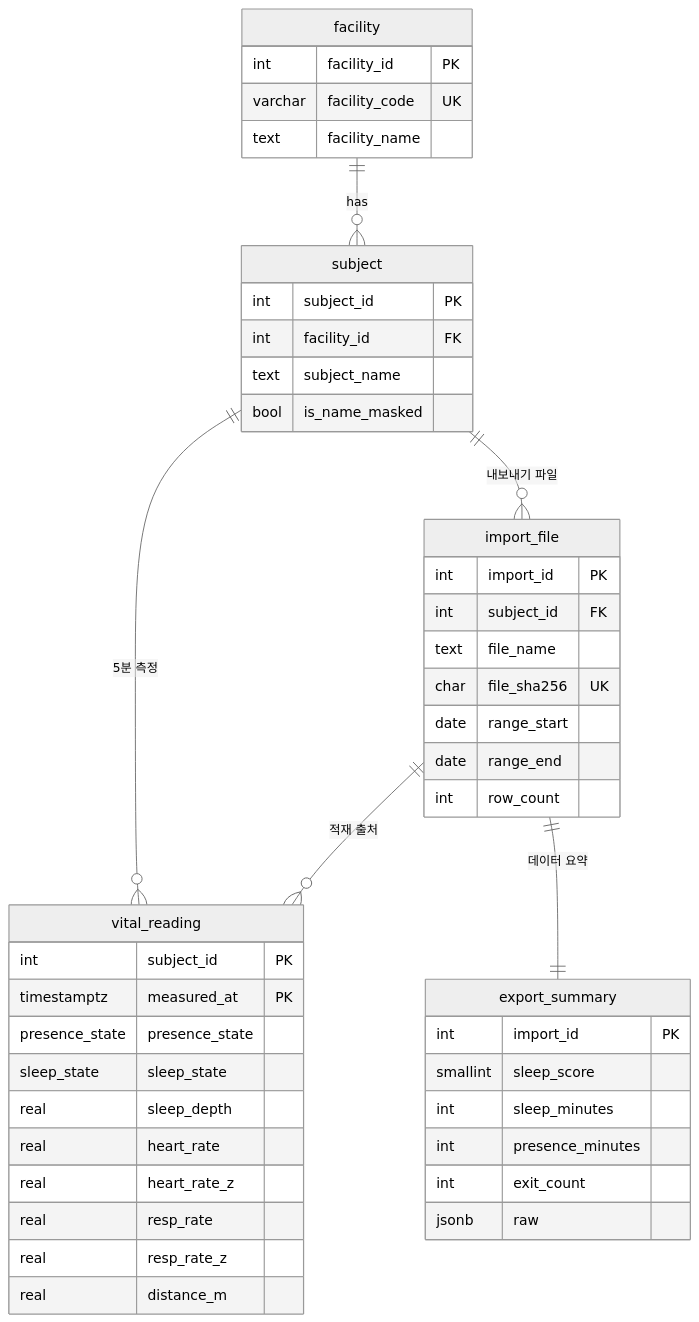
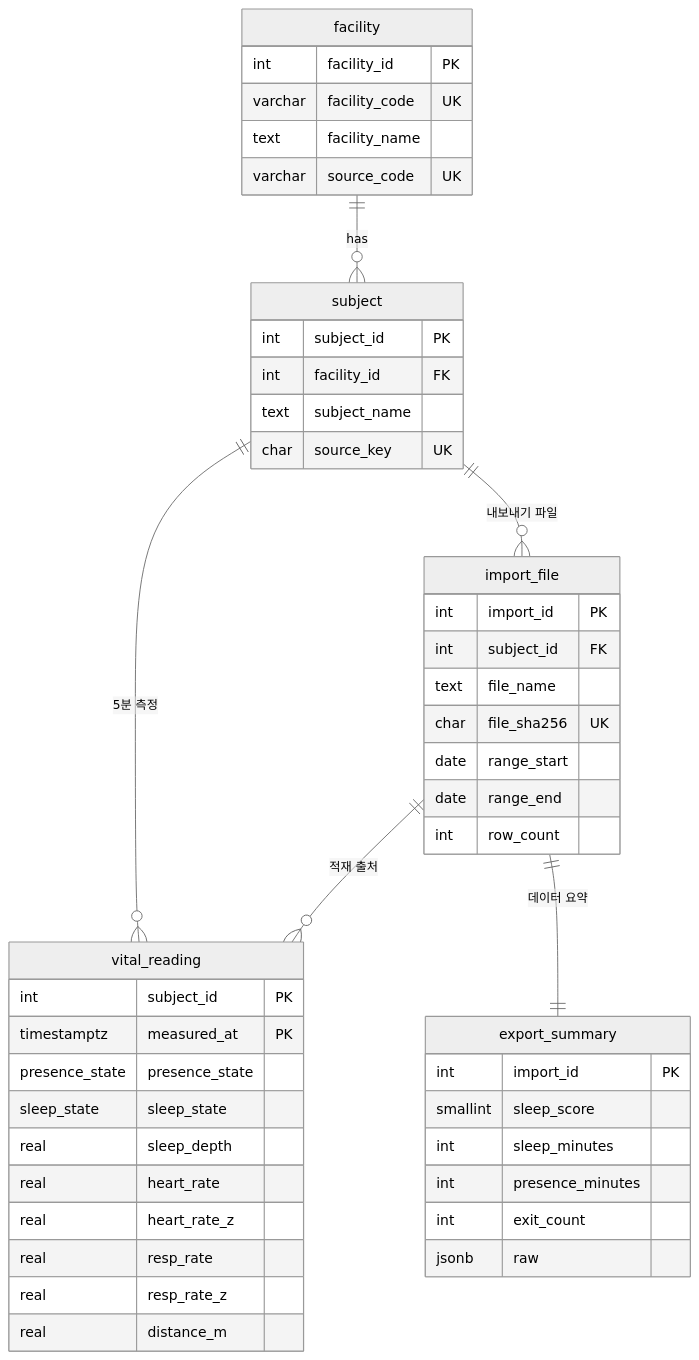
The diagram in README.md (answerco/xk), drawn with Mermaid (neutral theme) before and after one commit. The commit also changed other lines of this file and 6 other files, not shown here.

````diff
--- a/README.md
+++ b/README.md
@@ -48,49 +48,50 @@
 ```mermaid
 erDiagram
     facility ||--o{ subject : has
     subject ||--o{ vital_reading : "5분 측정"
     subject ||--o{ import_file : "내보내기 파일"
     import_file ||--|| export_summary : "데이터 요약"
     import_file ||--o{ vital_reading : "적재 출처"
 
     facility {
         int facility_id PK
         varchar facility_code UK
         text facility_name
+        varchar source_code UK
     }
     subject {
         int subject_id PK
         int facility_id FK
         text subject_name
-        bool is_name_masked
+        char source_key UK
     }
     import_file {
         int import_id PK
         int subject_id FK
         text file_name
         char file_sha256 UK
         date range_start
         date range_end
         int row_count
     }
     export_summary {
         int import_id PK
         smallint sleep_score
         int sleep_minutes
         int presence_minutes
         int exit_count
         jsonb raw
     }
     vital_reading {
         int subject_id PK
         timestamptz measured_at PK
         presence_state presence_state
         sleep_state sleep_state
         real sleep_depth
         real heart_rate
         real heart_rate_z
         real resp_rate
         real resp_rate_z
         real distance_m
     }
 ```
````
